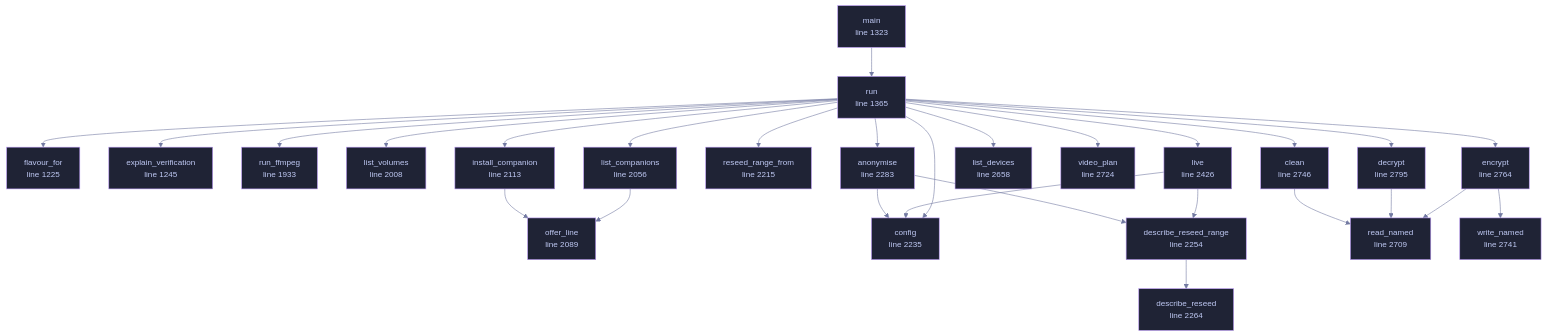
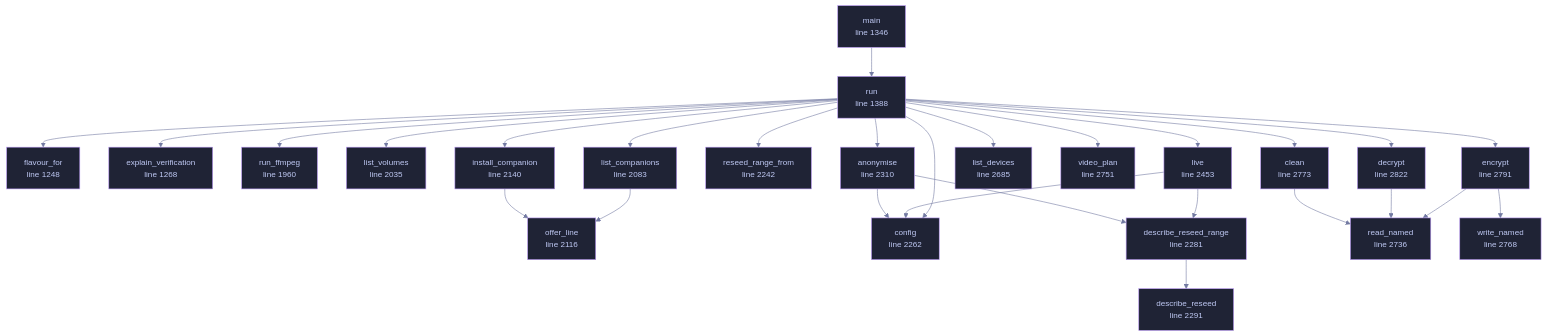
The diagram in docs/files/veilvoice-cli/main.md (tilas01/veilvoice), drawn with Mermaid before and after one commit. The commit also changed other lines of this file and 115 other files, not shown here.

````diff
--- a/docs/files/veilvoice-cli/main.md
+++ b/docs/files/veilvoice-cli/main.md
@@ -135,77 +135,77 @@
 ```mermaid
 %%{init: {"theme":"base","themeVariables":{"background":"#1a1b26","primaryColor":"#1f2335","primaryTextColor":"#c0caf5","primaryBorderColor":"#7aa2f7","secondaryColor":"#16161e","tertiaryColor":"#16161e","lineColor":"#737aa2","textColor":"#c0caf5","mainBkg":"#1f2335","nodeBorder":"#7aa2f7","clusterBkg":"#16161e","clusterBorder":"#2f3549","fontFamily":"ui-monospace, SFMono-Regular, Consolas, monospace","fontSize":"14px"}}}%%
 flowchart TD
-    n_flavour_for["flavour_for<br/>line 1225"]
-    n_explain_verification["explain_verification<br/>line 1245"]
-    n_main["main<br/>line 1323"]
-    n_run["run<br/>line 1365"]
-    n_run_ffmpeg["run_ffmpeg<br/>line 1933"]
-    n_list_volumes["list_volumes<br/>line 2008"]
-    n_list_companions["list_companions<br/>line 2056"]
-    n_offer_line["offer_line<br/>line 2089"]
-    n_install_companion["install_companion<br/>line 2113"]
-    n_reseed_range_from["reseed_range_from<br/>line 2215"]
-    n_config["config<br/>line 2235"]
-    n_describe_reseed_range["describe_reseed_range<br/>line 2254"]
-    n_describe_reseed["describe_reseed<br/>line 2264"]
-    n_anonymise["anonymise<br/>line 2283"]
-    n_live["live<br/>line 2426"]
-    n_list_devices["list_devices<br/>line 2658"]
-    n_read_named["read_named<br/>line 2709"]
-    n_video_plan["video_plan<br/>line 2724"]
-    n_write_named["write_named<br/>line 2741"]
-    n_clean["clean<br/>line 2746"]
-    n_encrypt["encrypt<br/>line 2764"]
-    n_decrypt["decrypt<br/>line 2795"]
+    n_flavour_for["flavour_for<br/>line 1248"]
+    n_explain_verification["explain_verification<br/>line 1268"]
+    n_main["main<br/>line 1346"]
+    n_run["run<br/>line 1388"]
+    n_run_ffmpeg["run_ffmpeg<br/>line 1960"]
+    n_list_volumes["list_volumes<br/>line 2035"]
+    n_list_companions["list_companions<br/>line 2083"]
+    n_offer_line["offer_line<br/>line 2116"]
+    n_install_companion["install_companion<br/>line 2140"]
+    n_reseed_range_from["reseed_range_from<br/>line 2242"]
+    n_config["config<br/>line 2262"]
+    n_describe_reseed_range["describe_reseed_range<br/>line 2281"]
+    n_describe_reseed["describe_reseed<br/>line 2291"]
+    n_anonymise["anonymise<br/>line 2310"]
+    n_live["live<br/>line 2453"]
+    n_list_devices["list_devices<br/>line 2685"]
+    n_read_named["read_named<br/>line 2736"]
+    n_video_plan["video_plan<br/>line 2751"]
+    n_write_named["write_named<br/>line 2768"]
+    n_clean["clean<br/>line 2773"]
+    n_encrypt["encrypt<br/>line 2791"]
+    n_decrypt["decrypt<br/>line 2822"]
     n_anonymise --> n_config
     n_anonymise --> n_describe_reseed_range
     n_clean --> n_read_named
     n_decrypt --> n_read_named
     n_describe_reseed_range --> n_describe_reseed
     n_encrypt --> n_read_named
     n_encrypt --> n_write_named
     n_install_companion --> n_offer_line
     n_list_companions --> n_offer_line
     n_live --> n_config
     n_live --> n_describe_reseed_range
     n_main --> n_run
     n_run --> n_anonymise
     n_run --> n_clean
     n_run --> n_config
     n_run --> n_decrypt
     n_run --> n_encrypt
     n_run --> n_explain_verification
     n_run --> n_flavour_for
     n_run --> n_install_companion
     n_run --> n_list_companions
     n_run --> n_list_devices
     n_run --> n_list_volumes
     n_run --> n_live
     n_run --> n_reseed_range_from
     n_run --> n_run_ffmpeg
     n_run --> n_video_plan
-    click n_flavour_for href "https://github.com/tilas01/veilvoice/blob/main/crates/veilvoice-cli/src/main.rs#L1225" "open the source"
-    click n_explain_verification href "https://github.com/tilas01/veilvoice/blob/main/crates/veilvoice-cli/src/main.rs#L1245" "open the source"
-    click n_main href "https://github.com/tilas01/veilvoice/blob/main/crates/veilvoice-cli/src/main.rs#L1323" "open the source"
-    click n_run href "https://github.com/tilas01/veilvoice/blob/main/crates/veilvoice-cli/src/main.rs#L1365" "open the source"
-    click n_run_ffmpeg href "https://github.com/tilas01/veilvoice/blob/main/crates/veilvoice-cli/src/main.rs#L1933" "open the source"
-    click n_list_volumes href "https://github.com/tilas01/veilvoice/blob/main/crates/veilvoice-cli/src/main.rs#L2008" "open the source"
-    click n_list_companions href "https://github.com/tilas01/veilvoice/blob/main/crates/veilvoice-cli/src/main.rs#L2056" "open the source"
-    click n_offer_line href "https://github.com/tilas01/veilvoice/blob/main/crates/veilvoice-cli/src/main.rs#L2089" "open the source"
-    click n_install_companion href "https://github.com/tilas01/veilvoice/blob/main/crates/veilvoice-cli/src/main.rs#L2113" "open the source"
-    click n_reseed_range_from href "https://github.com/tilas01/veilvoice/blob/main/crates/veilvoice-cli/src/main.rs#L2215" "open the source"
-    click n_config href "https://github.com/tilas01/veilvoice/blob/main/crates/veilvoice-cli/src/main.rs#L2235" "open the source"
-    click n_describe_reseed_range href "https://github.com/tilas01/veilvoice/blob/main/crates/veilvoice-cli/src/main.rs#L2254" "open the source"
-    click n_describe_reseed href "https://github.com/tilas01/veilvoice/blob/main/crates/veilvoice-cli/src/main.rs#L2264" "open the source"
-    click n_anonymise href "https://github.com/tilas01/veilvoice/blob/main/crates/veilvoice-cli/src/main.rs#L2283" "open the source"
-    click n_live href "https://github.com/tilas01/veilvoice/blob/main/crates/veilvoice-cli/src/main.rs#L2426" "open the source"
-    click n_list_devices href "https://github.com/tilas01/veilvoice/blob/main/crates/veilvoice-cli/src/main.rs#L2658" "open the source"
-    click n_read_named href "https://github.com/tilas01/veilvoice/blob/main/crates/veilvoice-cli/src/main.rs#L2709" "open the source"
-    click n_video_plan href "https://github.com/tilas01/veilvoice/blob/main/crates/veilvoice-cli/src/main.rs#L2724" "open the source"
-    click n_write_named href "https://github.com/tilas01/veilvoice/blob/main/crates/veilvoice-cli/src/main.rs#L2741" "open the source"
-    click n_clean href "https://github.com/tilas01/veilvoice/blob/main/crates/veilvoice-cli/src/main.rs#L2746" "open the source"
-    click n_encrypt href "https://github.com/tilas01/veilvoice/blob/main/crates/veilvoice-cli/src/main.rs#L2764" "open the source"
-    click n_decrypt href "https://github.com/tilas01/veilvoice/blob/main/crates/veilvoice-cli/src/main.rs#L2795" "open the source"
+    click n_flavour_for href "https://github.com/tilas01/veilvoice/blob/main/crates/veilvoice-cli/src/main.rs#L1248" "open the source"
+    click n_explain_verification href "https://github.com/tilas01/veilvoice/blob/main/crates/veilvoice-cli/src/main.rs#L1268" "open the source"
+    click n_main href "https://github.com/tilas01/veilvoice/blob/main/crates/veilvoice-cli/src/main.rs#L1346" "open the source"
+    click n_run href "https://github.com/tilas01/veilvoice/blob/main/crates/veilvoice-cli/src/main.rs#L1388" "open the source"
+    click n_run_ffmpeg href "https://github.com/tilas01/veilvoice/blob/main/crates/veilvoice-cli/src/main.rs#L1960" "open the source"
+    click n_list_volumes href "https://github.com/tilas01/veilvoice/blob/main/crates/veilvoice-cli/src/main.rs#L2035" "open the source"
+    click n_list_companions href "https://github.com/tilas01/veilvoice/blob/main/crates/veilvoice-cli/src/main.rs#L2083" "open the source"
+    click n_offer_line href "https://github.com/tilas01/veilvoice/blob/main/crates/veilvoice-cli/src/main.rs#L2116" "open the source"
+    click n_install_companion href "https://github.com/tilas01/veilvoice/blob/main/crates/veilvoice-cli/src/main.rs#L2140" "open the source"
+    click n_reseed_range_from href "https://github.com/tilas01/veilvoice/blob/main/crates/veilvoice-cli/src/main.rs#L2242" "open the source"
+    click n_config href "https://github.com/tilas01/veilvoice/blob/main/crates/veilvoice-cli/src/main.rs#L2262" "open the source"
+    click n_describe_reseed_range href "https://github.com/tilas01/veilvoice/blob/main/crates/veilvoice-cli/src/main.rs#L2281" "open the source"
+    click n_describe_reseed href "https://github.com/tilas01/veilvoice/blob/main/crates/veilvoice-cli/src/main.rs#L2291" "open the source"
+    click n_anonymise href "https://github.com/tilas01/veilvoice/blob/main/crates/veilvoice-cli/src/main.rs#L2310" "open the source"
+    click n_live href "https://github.com/tilas01/veilvoice/blob/main/crates/veilvoice-cli/src/main.rs#L2453" "open the source"
+    click n_list_devices href "https://github.com/tilas01/veilvoice/blob/main/crates/veilvoice-cli/src/main.rs#L2685" "open the source"
+    click n_read_named href "https://github.com/tilas01/veilvoice/blob/main/crates/veilvoice-cli/src/main.rs#L2736" "open the source"
+    click n_video_plan href "https://github.com/tilas01/veilvoice/blob/main/crates/veilvoice-cli/src/main.rs#L2751" "open the source"
+    click n_write_named href "https://github.com/tilas01/veilvoice/blob/main/crates/veilvoice-cli/src/main.rs#L2768" "open the source"
+    click n_clean href "https://github.com/tilas01/veilvoice/blob/main/crates/veilvoice-cli/src/main.rs#L2773" "open the source"
+    click n_encrypt href "https://github.com/tilas01/veilvoice/blob/main/crates/veilvoice-cli/src/main.rs#L2791" "open the source"
+    click n_decrypt href "https://github.com/tilas01/veilvoice/blob/main/crates/veilvoice-cli/src/main.rs#L2822" "open the source"
     classDef helper fill:#1f2335,stroke:#bb9af7,color:#c0caf5
     class n_flavour_for,n_explain_verification,n_main,n_run,n_run_ffmpeg,n_list_volumes,n_list_companions,n_offer_line,n_install_companion,n_reseed_range_from,n_config,n_describe_reseed_range,n_describe_reseed,n_anonymise,n_live,n_list_devices,n_read_named,n_video_plan,n_write_named,n_clean,n_encrypt,n_decrypt helper
 ```
````
